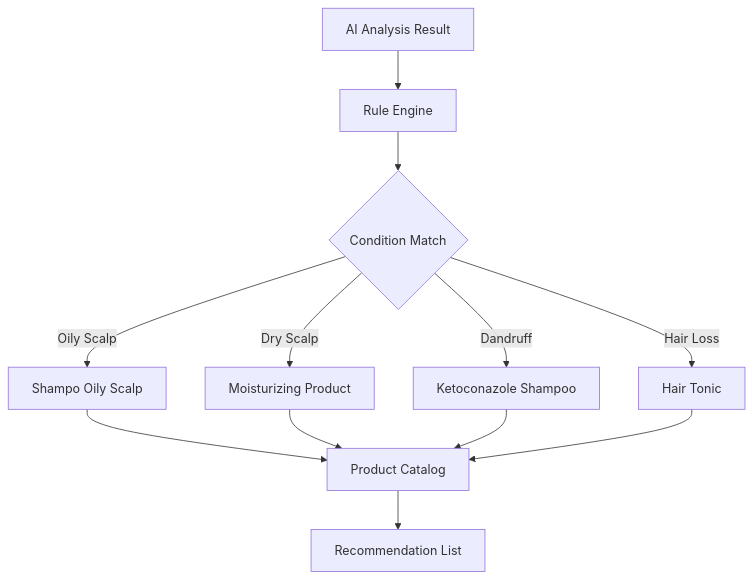
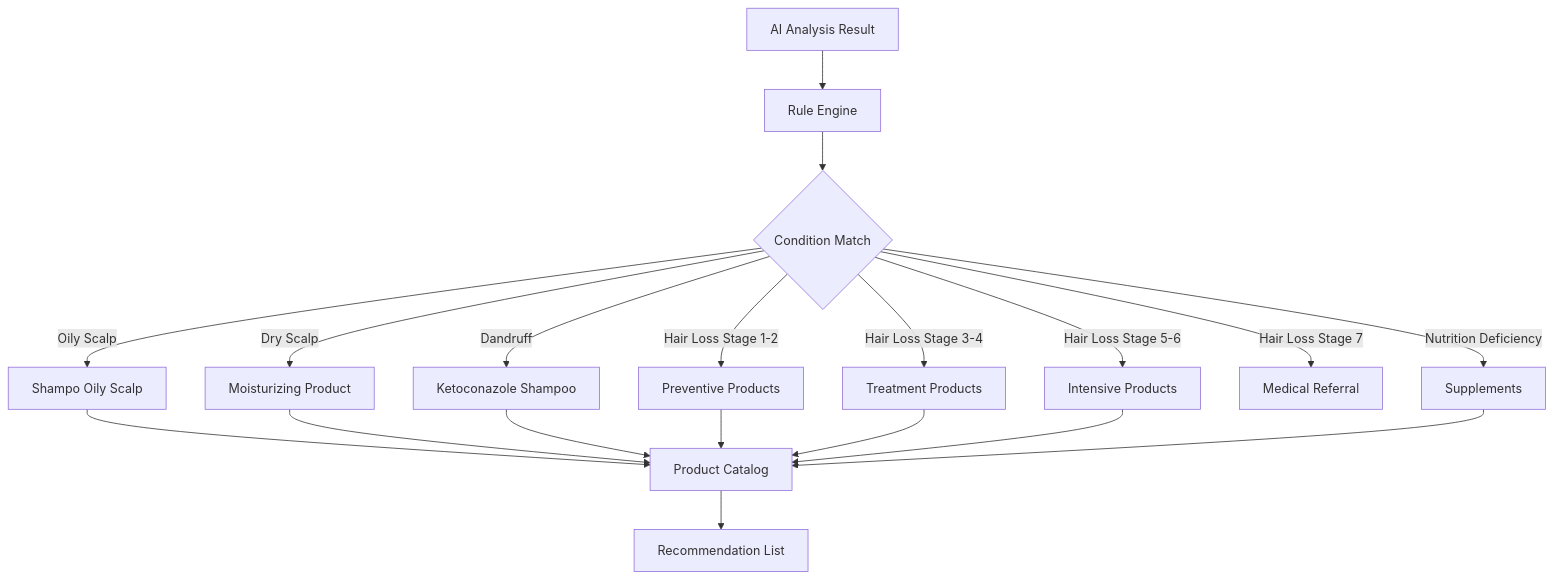
One commit to petrushandika/Scalp-Analytics changed diagram 12 of 17 in Documentation/PRD.md. Above: the diagram before and after it, drawn with Mermaid. The commit also changed other lines of this file and 6 other files, not shown here.

````diff
--- a/Documentation/PRD.md
+++ b/Documentation/PRD.md
@@ -453,14 +622,21 @@
 ```mermaid
 flowchart TD
     A[AI Analysis Result] --> B[Rule Engine]
     B --> C{Condition Match}
     C -->|Oily Scalp| D[Shampo Oily Scalp]
     C -->|Dry Scalp| E[Moisturizing Product]
     C -->|Dandruff| F[Ketoconazole Shampoo]
-    C -->|Hair Loss| G[Hair Tonic]
-    D --> H[Product Catalog]
-    E --> H
-    F --> H
-    G --> H
-    H --> I[Recommendation List]
+    C -->|Hair Loss Stage 1-2| G[Preventive Products]
+    C -->|Hair Loss Stage 3-4| H[Treatment Products]
+    C -->|Hair Loss Stage 5-6| I[Intensive Products]
+    C -->|Hair Loss Stage 7| J[Medical Referral]
+    C -->|Nutrition Deficiency| K[Supplements]
+    D --> L[Product Catalog]
+    E --> L
+    F --> L
+    G --> L
+    H --> L
+    I --> L
+    K --> L
+    L --> M[Recommendation List]
 ```
````
